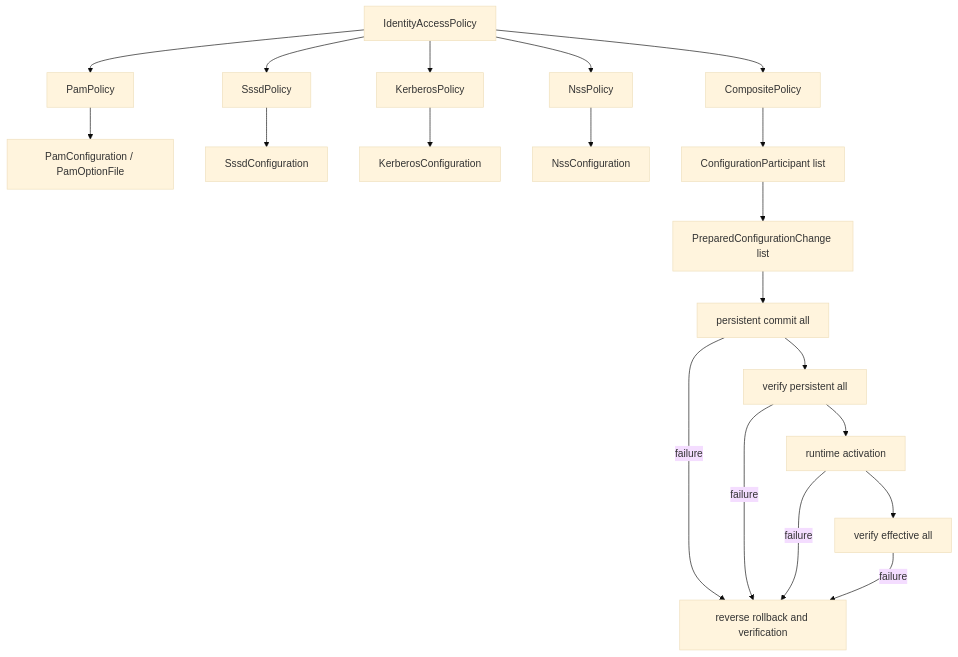
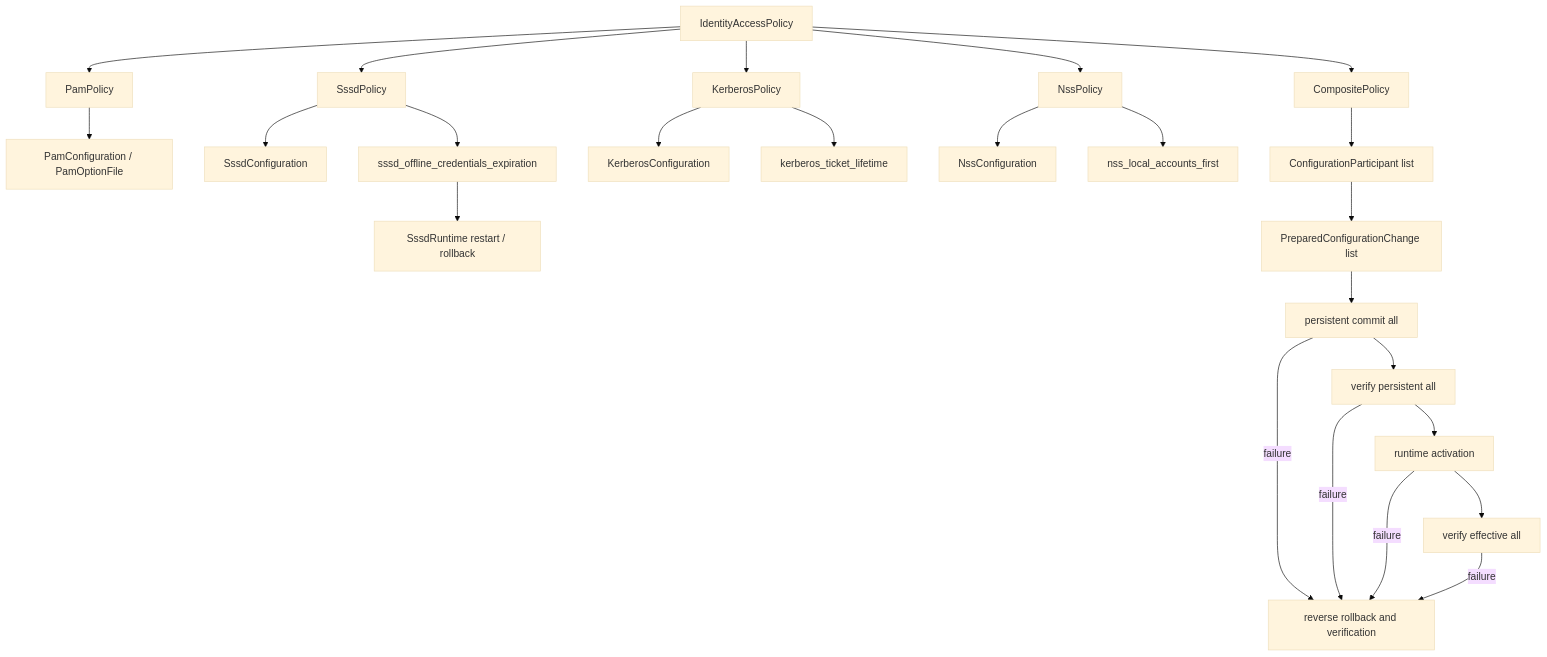
Diagram 13 of 17 in docs/architecture-diagrams.md (RevoltStar/FIC), drawn with Mermaid (base theme) before and after one commit. The commit also changed other lines of this file and 18 other files, not shown here.

Commit message:
Добавляем примеры политик для sssd, nss, kerberos

````diff
--- a/docs/architecture-diagrams.md
+++ b/docs/architecture-diagrams.md
@@ -458,22 +458,26 @@
 ```mermaid
 flowchart TD
     base[IdentityAccessPolicy] --> pamBase[PamPolicy]
     base --> sssdBase[SssdPolicy]
     base --> krbBase[KerberosPolicy]
     base --> nssBase[NssPolicy]
     base --> composite[CompositePolicy]
     pamBase --> pamConfig[PamConfiguration / PamOptionFile]
     sssdBase --> sssdConfig[SssdConfiguration]
+    sssdBase --> sssdOffline[sssd_offline_credentials_expiration]
+    sssdOffline --> sssdRuntime[SssdRuntime restart / rollback]
     krbBase --> krbConfig[KerberosConfiguration]
+    krbBase --> ticketLifetime[kerberos_ticket_lifetime]
     nssBase --> nssConfig[NssConfiguration]
+    nssBase --> localFirst[nss_local_accounts_first]
     composite --> participants[ConfigurationParticipant list]
     participants --> prepared[PreparedConfigurationChange list]
     prepared --> commit[persistent commit all]
     commit --> verifyPersistent[verify persistent all]
     verifyPersistent --> activate[runtime activation]
     activate --> verifyEffective[verify effective all]
     commit -->|failure| rollback[reverse rollback and verification]
     verifyPersistent -->|failure| rollback
     activate -->|failure| rollback
     verifyEffective -->|failure| rollback
 ```
````
